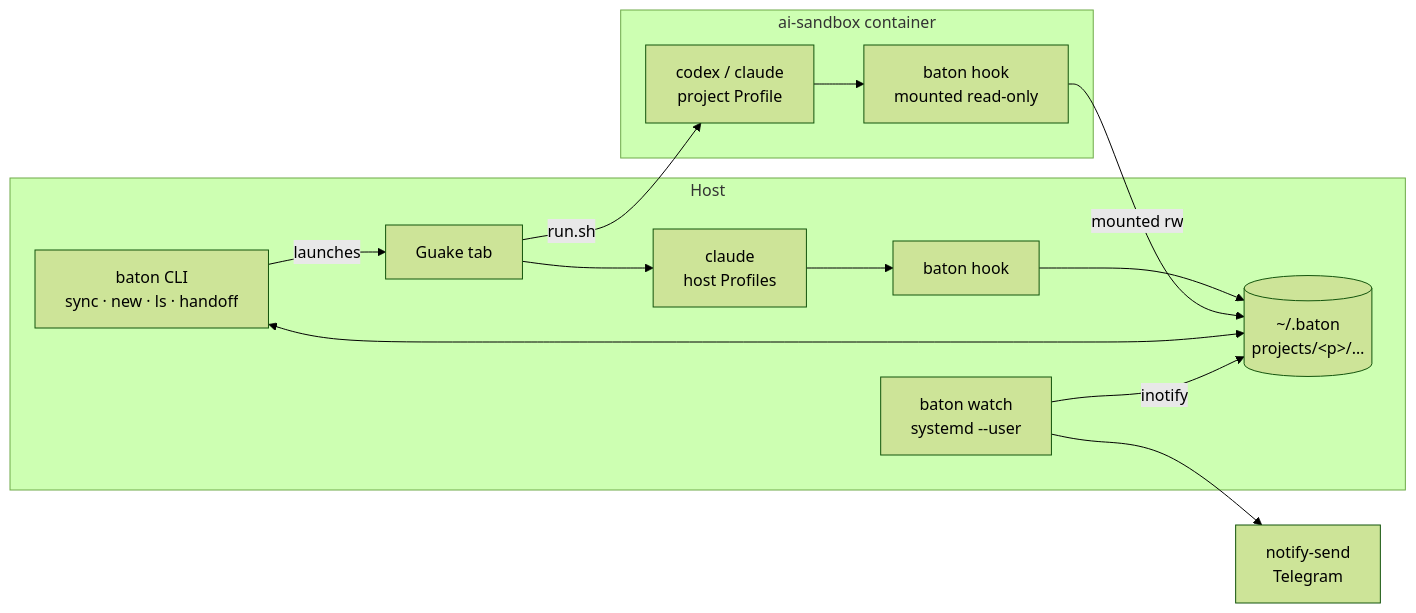
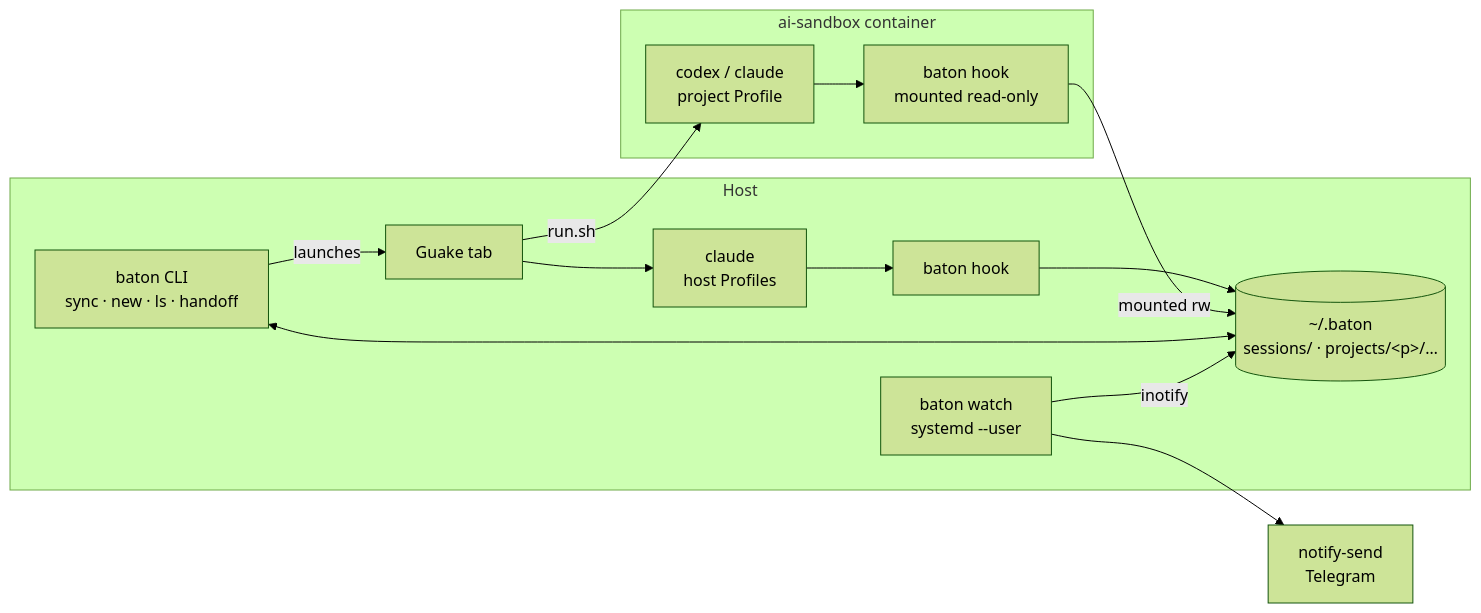
One commit to loadkpi/baton changed the diagram in DESIGN.md. Above: the diagram before and after it, drawn with Mermaid (forest theme). The commit also changed other lines of this file and 14 other files, not shown here.

````diff
--- a/DESIGN.md
+++ b/DESIGN.md
@@ -69,23 +69,23 @@
 ```mermaid
 flowchart LR
   subgraph host[Host]
     cli[baton CLI<br/>sync · new · ls · handoff]
     watch[baton watch<br/>systemd --user]
-    files[(~/.baton<br/>projects/&lt;p&gt;/…)]
+    files[(~/.baton<br/>sessions/ · projects/&lt;p&gt;/…)]
     guake[Guake tab]
     claudeH[claude<br/>host Profiles]
     hookH[baton hook]
   end
   subgraph sbx[ai-sandbox container]
     agentS[codex / claude<br/>project Profile]
     hookS[baton hook<br/>mounted read-only]
   end
   cli -- launches --> guake
   guake --> claudeH
   guake -- run.sh --> agentS
   claudeH --> hookH --> files
   agentS --> hookS -- mounted rw --> files
   cli <--> files
   watch -- inotify --> files
   watch --> notify[notify-send<br/>Telegram]
 ```
````
